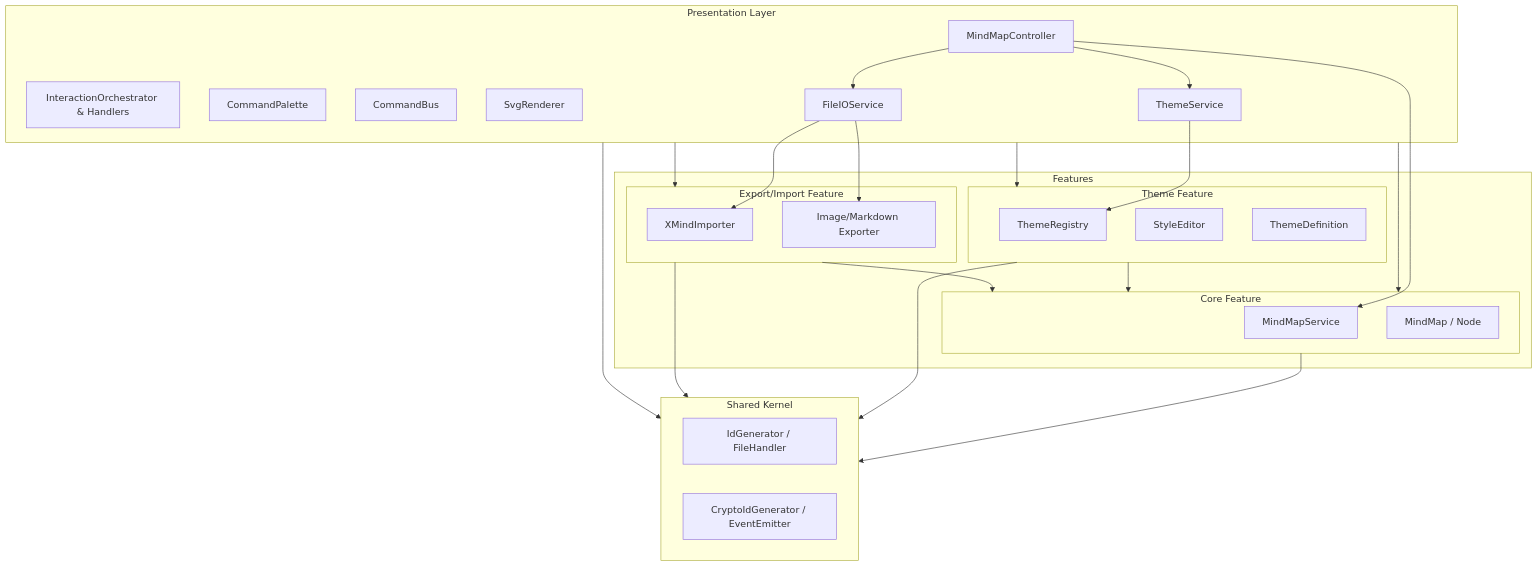
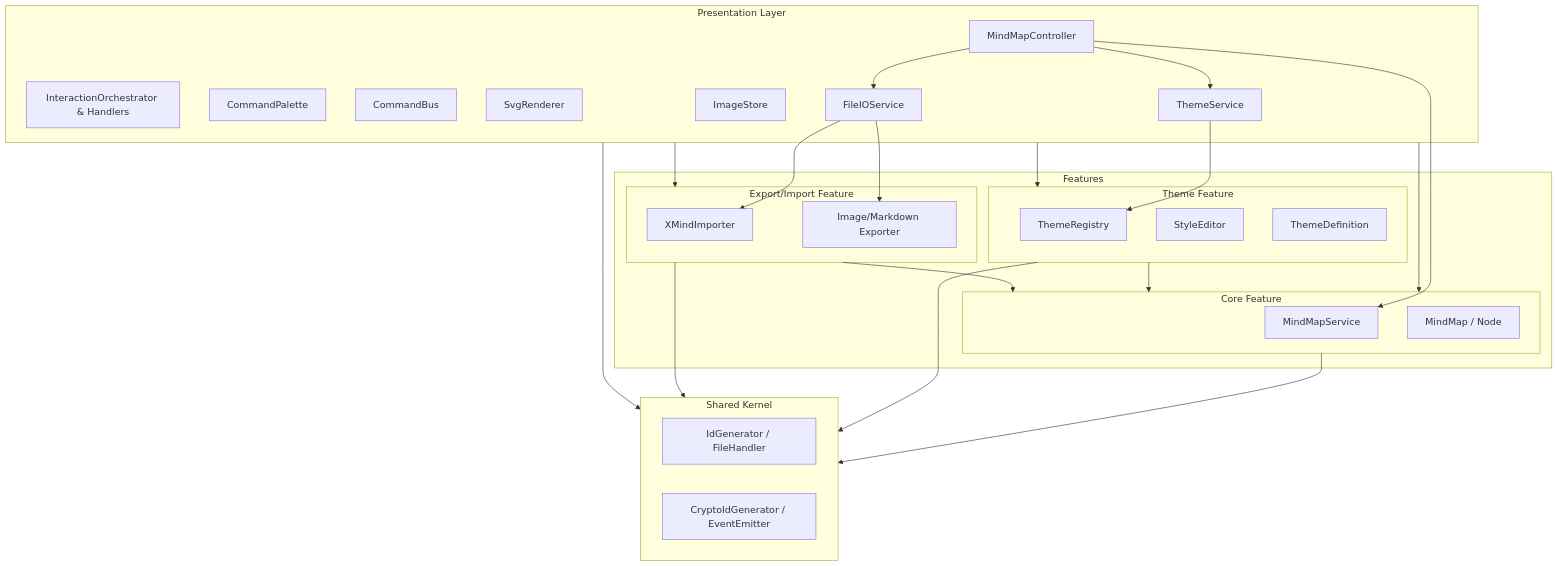
One commit to hiroooo000/kakidash changed the first of 10 diagrams in docs/SOFTWARE_ARCHITECTURE_ja.md. Above: the diagram before and after it, drawn with Mermaid. The commit also changed other lines of this file and 58 other files, not shown here.

````diff
--- a/docs/SOFTWARE_ARCHITECTURE_ja.md
+++ b/docs/SOFTWARE_ARCHITECTURE_ja.md
@@ -10,59 +10,60 @@
 ```mermaid
 graph TD
     subgraph Presentation ["Presentation Layer"]
         Controller[MindMapController]
         Interaction[InteractionOrchestrator & Handlers]
         Command[CommandPalette]
         CmdBus[CommandBus]
         View[SvgRenderer]
         ThemeSvc[ThemeService]
         IOSvc[FileIOService]
+        ImgStore[ImageStore]
     end
 
     subgraph Features ["Features"]
         subgraph Core ["Core Feature"]
             Service[MindMapService]
             DomainEntities[MindMap / Node]
         end
 
         subgraph Theme ["Theme Feature"]
             ThemeReg[ThemeRegistry]
             StyleEd[StyleEditor]
             ThemeDef[ThemeDefinition]
         end
 
         subgraph Export ["Export/Import Feature"]
             Importers[XMindImporter]
             Exporters[Image/Markdown Exporter]
         end
     end
 
     subgraph Shared ["Shared Kernel"]
         Kernel[IdGenerator / FileHandler]
         Infra[CryptoIdGenerator / EventEmitter]
     end
 
     %% Dependencies
     Presentation --> Core
     Presentation --> Theme
     Presentation --> Export
     
     %% Feature Inter-dependencies
     Theme --> Core
     Export --> Core
 
     %% Cross-cutting
     Core --> Shared
     Theme --> Shared
     Export --> Shared
     Presentation --> Shared
 
     %% Specific wiring
     %% Specific wiring
     Controller --> Service
     Controller --> ThemeSvc
     Controller --> IOSvc
     ThemeSvc --> ThemeReg
     IOSvc --> Importers
     IOSvc --> Exporters
 ```
````
